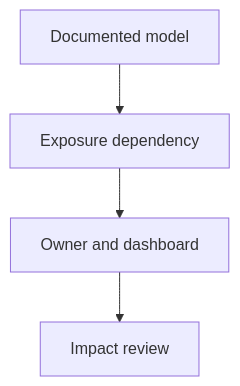
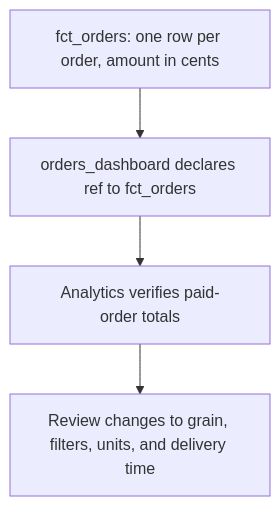
Before and after one commit to Rohit1024/dbt-learn: the diagram in docs/lessons/0019-model-documentation-exposures-and-ownership.md, drawn with Mermaid. The commit also changed other lines of this file and 4 other files, not shown here.

````diff
--- a/docs/lessons/0019-model-documentation-exposures-and-ownership.md
+++ b/docs/lessons/0019-model-documentation-exposures-and-ownership.md
@@ -7,8 +7,8 @@
 ```mermaid
 flowchart TD
-    A["Documented model"]
-    B["Exposure dependency"]
-    C["Owner and dashboard"]
-    D["Impact review"]
+    A["fct_orders: one row per order, amount in cents"]
+    B["orders_dashboard declares ref to fct_orders"]
+    C["Analytics verifies paid-order totals"]
+    D["Review changes to grain, filters, units, and delivery time"]
     A --> B --> C --> D
 ```
````
